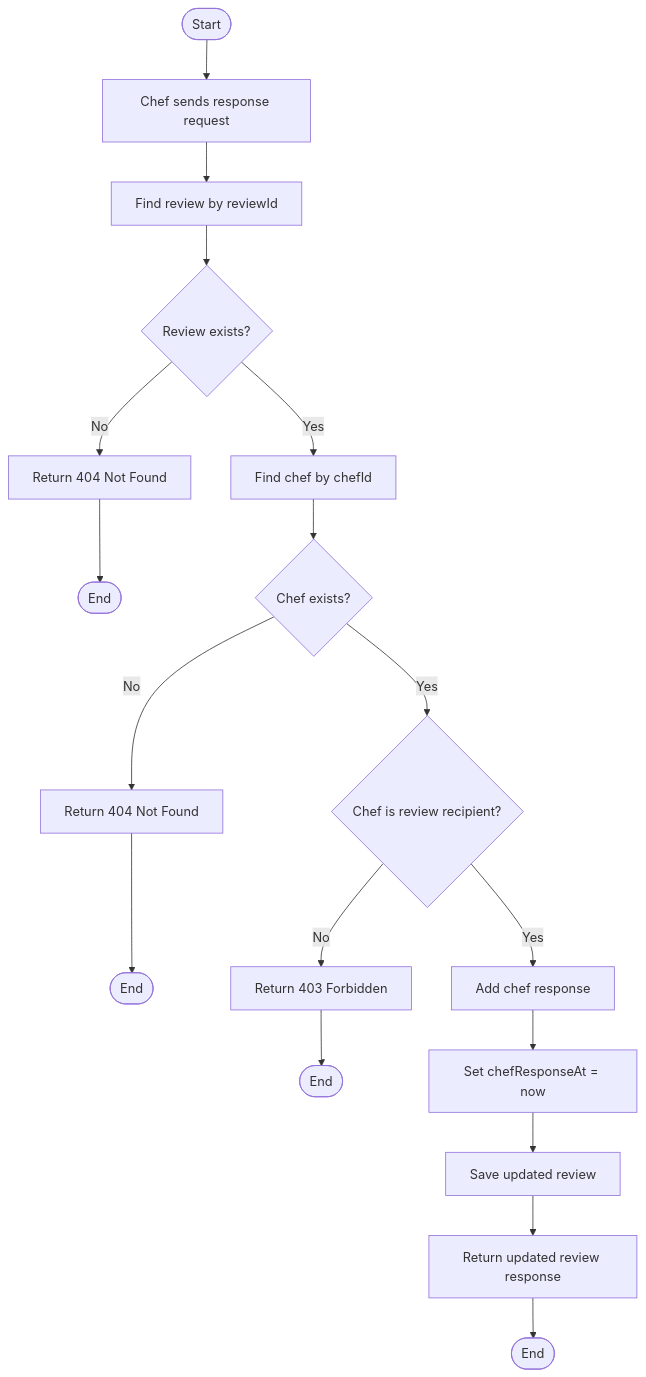
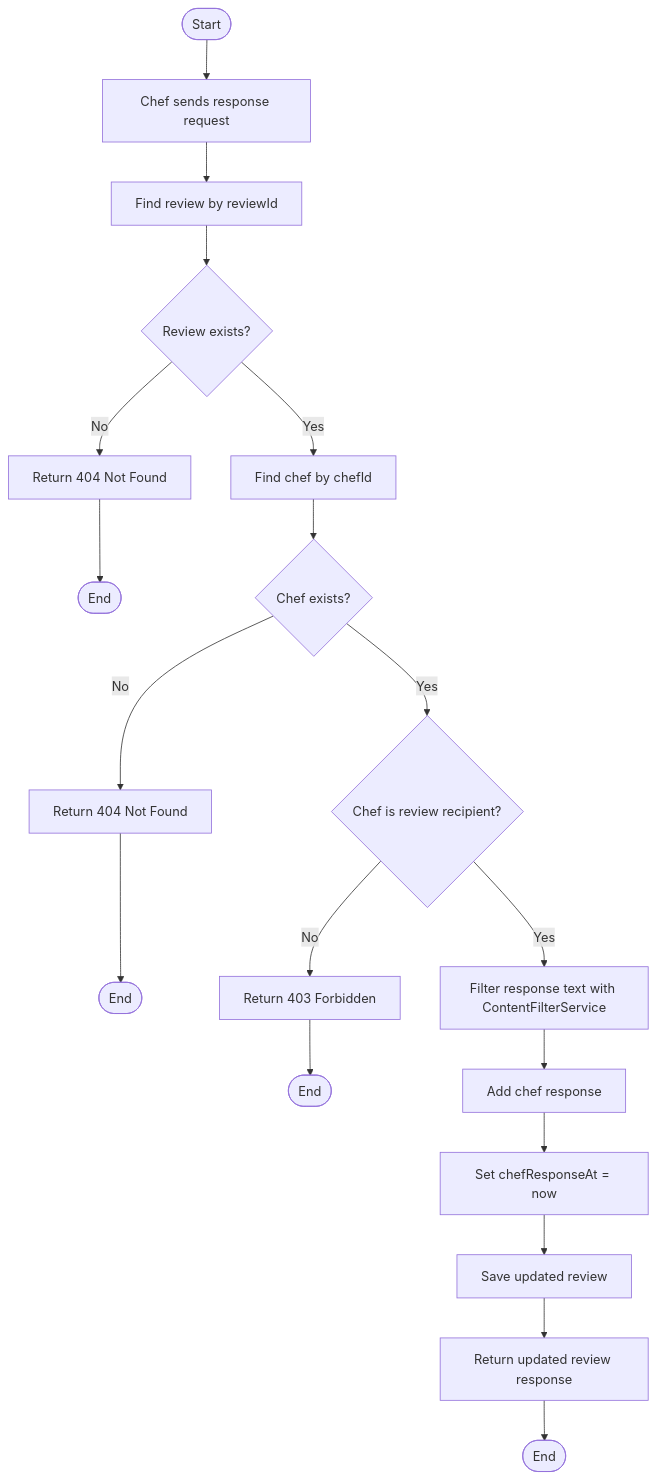
One commit to phongkhongxai/vietchef changed the third of 11 diagrams in docs/Review System Diagrams.md. Above: the diagram before and after it, drawn with Mermaid. The commit also changed other lines of this file and 15 other files, not shown here.

````diff
--- a/docs/Review System Diagrams.md
+++ b/docs/Review System Diagrams.md
@@ -291,20 +311,21 @@
 ```mermaid
 flowchart TD
     Start([Start]) --> A[Chef sends response request]
     A --> B[Find review by reviewId]
     B --> C{Review exists?}
     C -->|No| D[Return 404 Not Found]
     D --> End1([End])
     C -->|Yes| E[Find chef by chefId]
     E --> F{Chef exists?}
     F -->|No| G[Return 404 Not Found]
     G --> End2([End])
     F -->|Yes| H{Chef is review recipient?}
     H -->|No| I[Return 403 Forbidden]
     I --> End3([End])
-    H -->|Yes| J[Add chef response]
-    J --> K[Set chefResponseAt = now]
+    H -->|Yes| J1[Filter response text with ContentFilterService]
+    J1 --> J2[Add chef response]
+    J2 --> K[Set chefResponseAt = now]
     K --> L[Save updated review]
     L --> M[Return updated review response]
     M --> End4([End])
 ```
````
